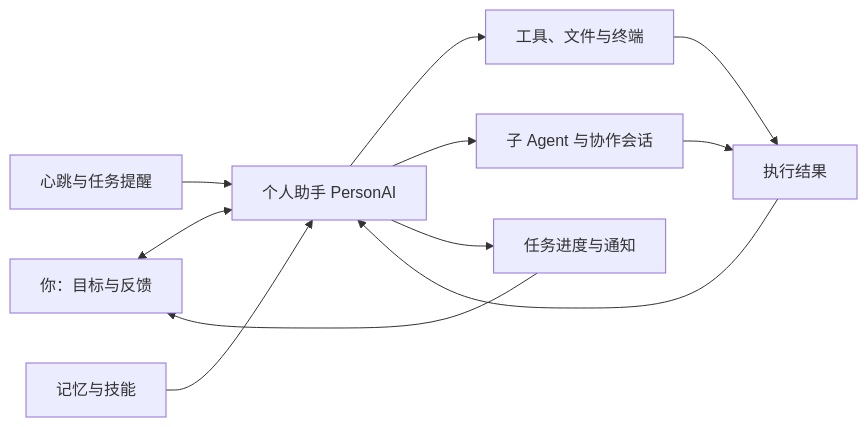
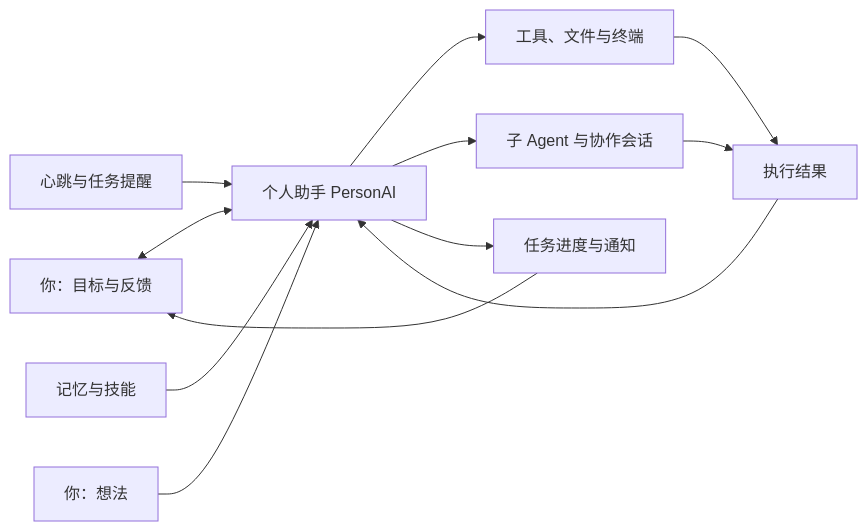
Before and after one commit to Penglai-Link/Tron-Harness: the diagram in README.md, drawn with Mermaid. The commit also changed other lines of this file, not shown here.

````diff
--- a/README.md
+++ b/README.md
@@ -75,13 +85,14 @@
 ```mermaid
 flowchart LR
     User[你：目标与反馈] <--> PersonAI[个人助手 PersonAI]
     PersonAI --> Tools[工具、文件与终端]
     PersonAI --> Agents[子 Agent 与协作会话]
     Tools --> Results[执行结果]
     Agents --> Results
     Results --> PersonAI
     PersonAI --> Tasks[任务进度与通知]
     Tasks --> User
     Wake[心跳与任务提醒] --> PersonAI
     Memory[记忆与技能] --> PersonAI
+    Chat[你：想法] --> PersonAI
 ```
````
